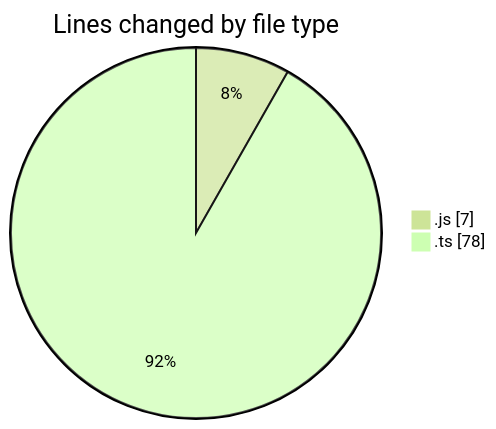
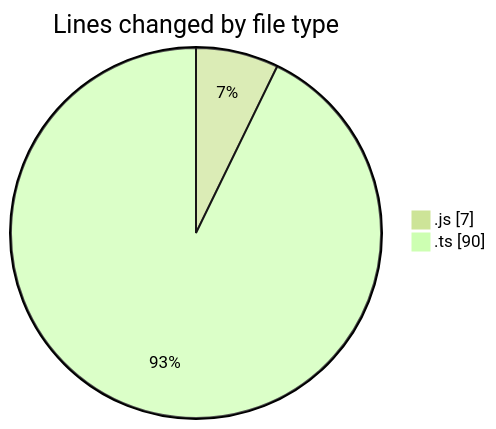
The first of 2 diagrams in 2025-06-18/cda/README.md (momahboobian/code-tracking), drawn with Mermaid (forest theme) before and after one commit. The commit also changed other lines of this file and 1 other file, not shown here.

````diff
--- a/2025-06-18/cda/README.md
+++ b/2025-06-18/cda/README.md
@@ -23,6 +24,6 @@
 ```mermaid
 pie showData
 title Lines changed by file type
 ".js" : 7
-".ts" : 78
+".ts" : 90
 ```
````
